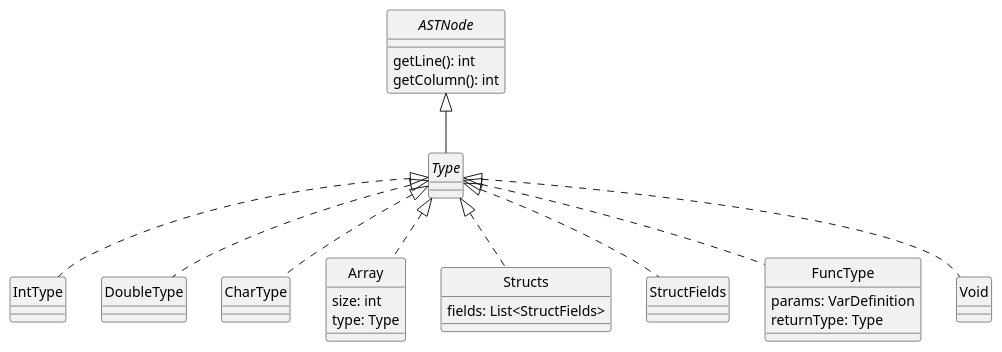
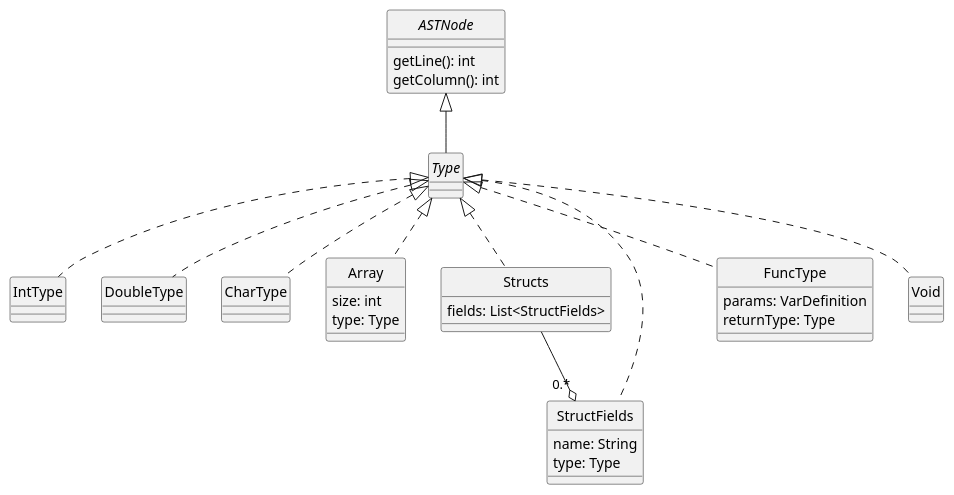
One commit to JonathanAriass/dlp-examen changed the diagram in docs/diagrams/types.plantuml. Above: the diagram before and after it, drawn with PlantUML. The commit also changed 8 other files, not shown here.

```diff
--- a/docs/diagrams/types.plantuml
+++ b/docs/diagrams/types.plantuml
@@ -1,54 +1,59 @@
 @startuml Types
 skinparam style strictuml
 skinparam monochrome true
 
 interface ASTNode {
     getLine(): int
     getColumn(): int
 }
 
 interface Type
 
 ASTNode <|-- Type
 
 class IntType
 
 Type <|.. IntType
 
 class DoubleType
 
 Type <|.. DoubleType
 
 class CharType
 
 Type <|.. CharType
 
 class Array {
     size: int
     type: Type
 }
 
 Type <|.. Array
 
 class Structs {
     fields: List<StructFields>
 }
 
-class StructFields implements Type {}
+Structs  --o "0.*" StructFields
+
+class StructFields implements Type {
+    name: String
+    type: Type
+}
 
 Type <|.. Structs
 
 class FuncType {
     params: VarDefinition
     returnType: Type
 }
 
 Type <|.. FuncType
 
 class Void {
 
 }
 
 Type <|.. Void
 
 @enduml
```
